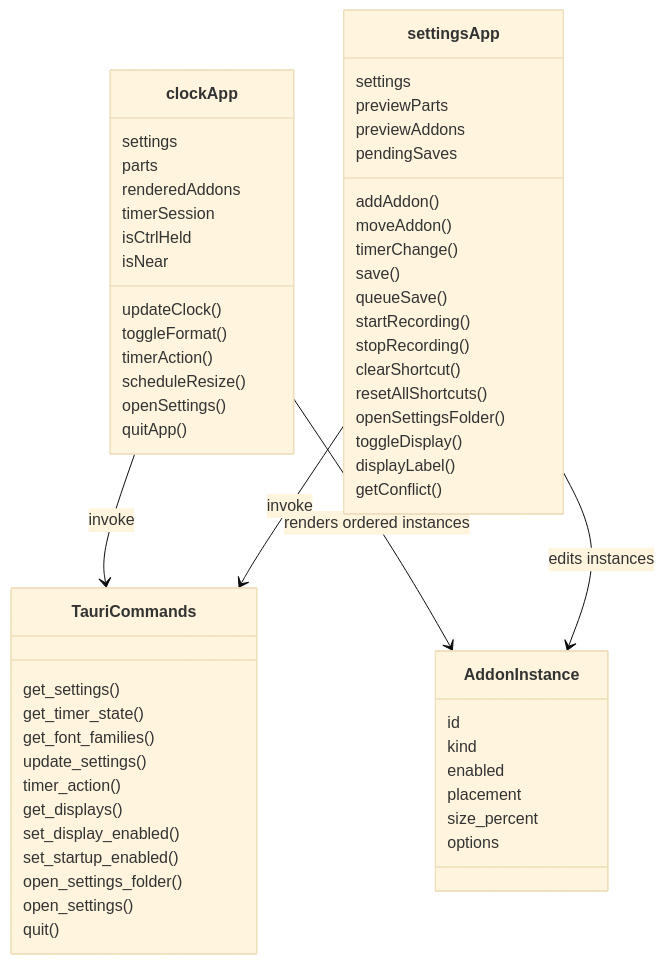
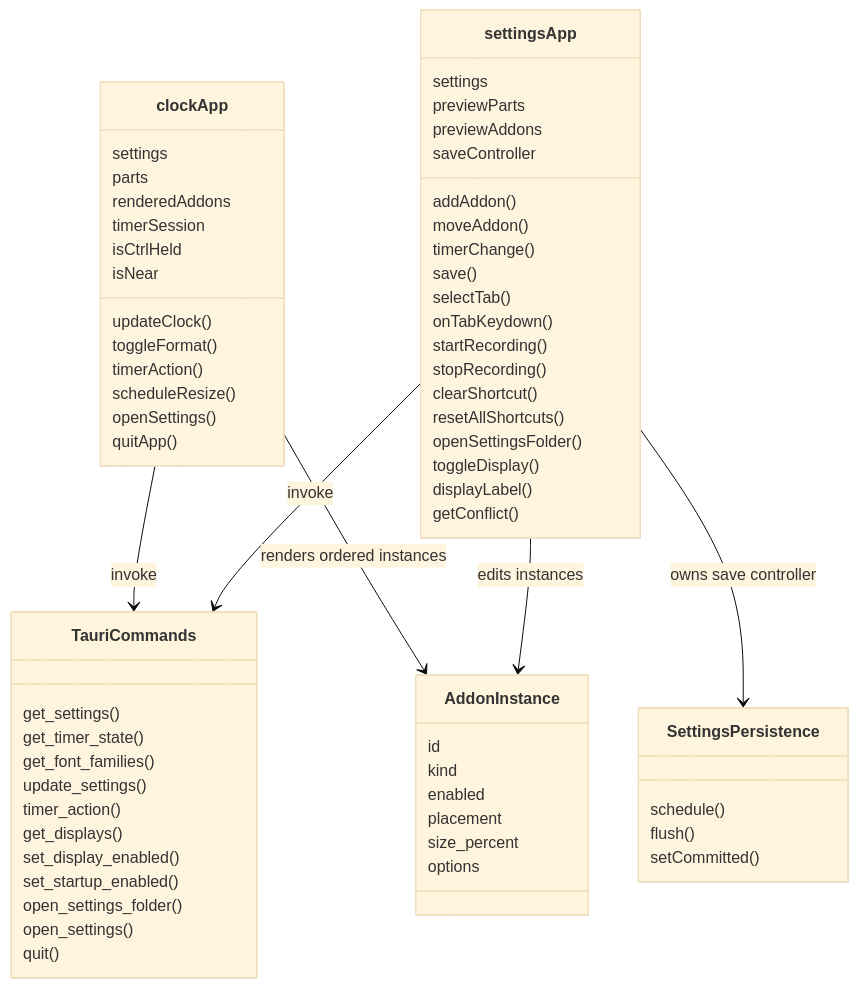
One commit to tbkmax/TopClock changed the first of 3 diagrams in src/doc/workflow_diagram.md. Above: the diagram before and after it, drawn with Mermaid (base theme). The commit also changed other lines of this file and 13 other files, not shown here.

Commit message:
refactor(frontend): Make saving more reliable, Split Settings logic by responsibility, Reduce repeated markup, Add focused frontend tests, Finish the tab semantics.

````diff
--- a/src/doc/workflow_diagram.md
+++ b/src/doc/workflow_diagram.md
@@ -9,61 +9,68 @@
 ```mermaid
 classDiagram
     class clockApp {
       settings
       parts
       renderedAddons
       timerSession
       isCtrlHeld
       isNear
       updateClock()
       toggleFormat()
       timerAction()
       scheduleResize()
       openSettings()
       quitApp()
     }
     class settingsApp {
       settings
       previewParts
       previewAddons
-      pendingSaves
+      saveController
       addAddon()
       moveAddon()
       timerChange()
       save()
-      queueSave()
+      selectTab()
+      onTabKeydown()
       startRecording()
       stopRecording()
       clearShortcut()
       resetAllShortcuts()
       openSettingsFolder()
       toggleDisplay()
       displayLabel()
       getConflict()
+    }
+    class SettingsPersistence {
+      schedule()
+      flush()
+      setCommitted()
     }
     class TauriCommands {
       get_settings()
       get_timer_state()
       get_font_families()
       update_settings()
       timer_action()
       get_displays()
       set_display_enabled()
       set_startup_enabled()
       open_settings_folder()
       open_settings()
       quit()
     }
     clockApp --> TauriCommands : invoke
     settingsApp --> TauriCommands : invoke
+    settingsApp --> SettingsPersistence : owns save controller
     class AddonInstance {
       id
       kind
       enabled
       placement
       size_percent
       options
     }
     clockApp --> AddonInstance : renders ordered instances
     settingsApp --> AddonInstance : edits instances
 ```
````
